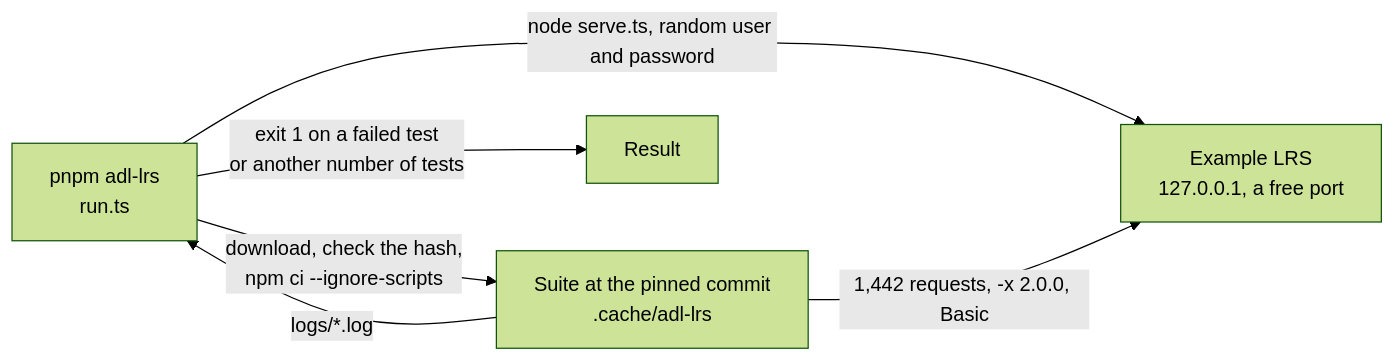
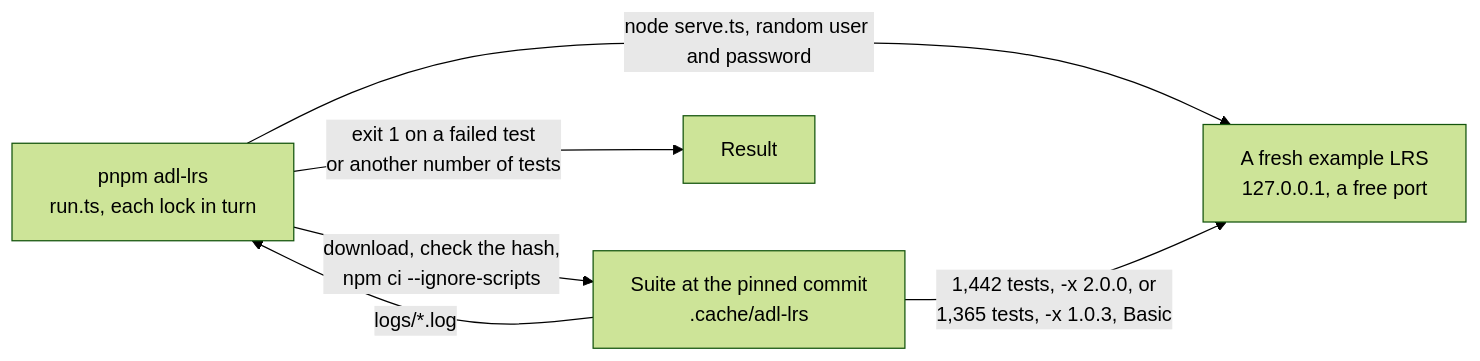
Before and after one commit to interopkit/interopkit: the diagram in validation/adl-lrs/README.md, drawn with Mermaid (forest theme). The commit also changed other lines of this file and 82 other files, not shown here.

````diff
--- a/validation/adl-lrs/README.md
+++ b/validation/adl-lrs/README.md
@@ -7,8 +7,8 @@
 ```mermaid
 flowchart LR
-  run["pnpm adl-lrs<br/>run.ts"] -->|"download, check the hash,<br/>npm ci --ignore-scripts"| suite["Suite at the pinned commit<br/>.cache/adl-lrs"]
-  run -->|"node serve.ts, random user and password"| lrs["Example LRS<br/>127.0.0.1, a free port"]
-  suite -->|"1,442 requests, -x 2.0.0, Basic"| lrs
+  run["pnpm adl-lrs<br/>run.ts, each lock in turn"] -->|"download, check the hash,<br/>npm ci --ignore-scripts"| suite["Suite at the pinned commit<br/>.cache/adl-lrs"]
+  run -->|"node serve.ts, random user and password"| lrs["A fresh example LRS<br/>127.0.0.1, a free port"]
+  suite -->|"1,442 tests, -x 2.0.0, or<br/>1,365 tests, -x 1.0.3, Basic"| lrs
   suite -->|"logs/*.log"| run
   run -->|"exit 1 on a failed test<br/>or another number of tests"| result["Result"]
 ```
````
